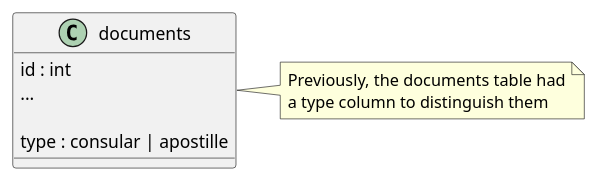
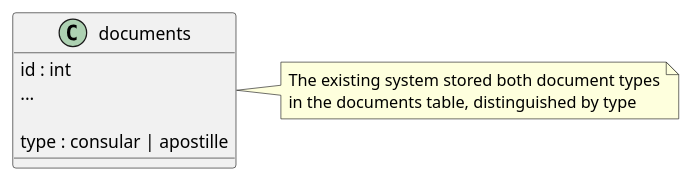
Before and after one commit to mannercode/mannercode.github.io: the third of 6 diagrams in _posts/2024-05-04-ebi-en.md, drawn with PlantUML. The commit also changed other lines of this file, not shown here.

```diff
--- a/_posts/2024-05-04-ebi-en.md
+++ b/_posts/2024-05-04-ebi-en.md
@@ -222,14 +224,14 @@
 {% plantuml %}
 @startuml
 class documents {
     id : int
     ...
 
     type : consular | apostille
 }
 note right
-Previously, the documents table had
-a type column to distinguish them
+The existing system stored both document types
+in the documents table, distinguished by type
 end note
 @enduml
 {% endplantuml %}
```
